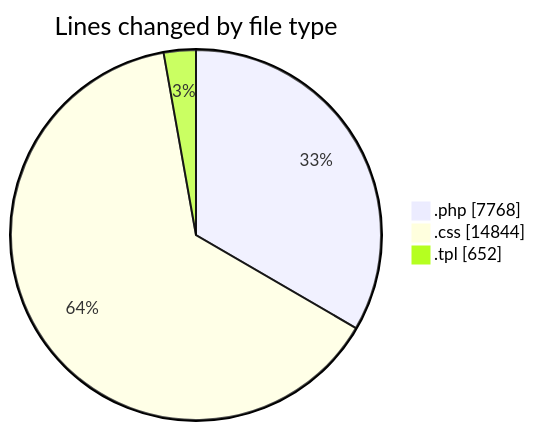
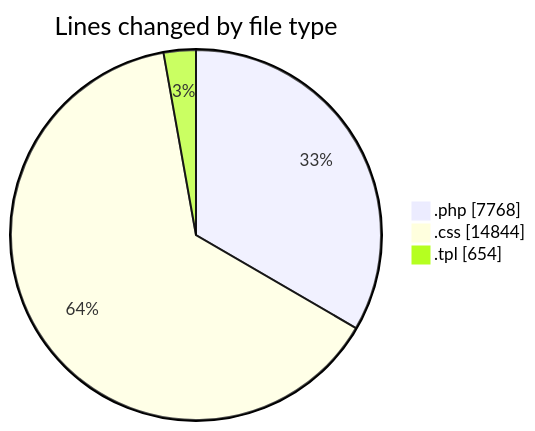
Before and after one commit to vahidmafi/code-tracking: the first of 2 diagrams in 2025-04-17/zeytoon/README.md, drawn with Mermaid. The commit also changed other lines of this file and 1 other file, not shown here.

````diff
--- a/2025-04-17/zeytoon/README.md
+++ b/2025-04-17/zeytoon/README.md
@@ -30,7 +30,7 @@
 ```mermaid
 pie showData
 title Lines changed by file type
 ".php" : 7768
 ".css" : 14844
-".tpl" : 652
+".tpl" : 654
 ```
````
